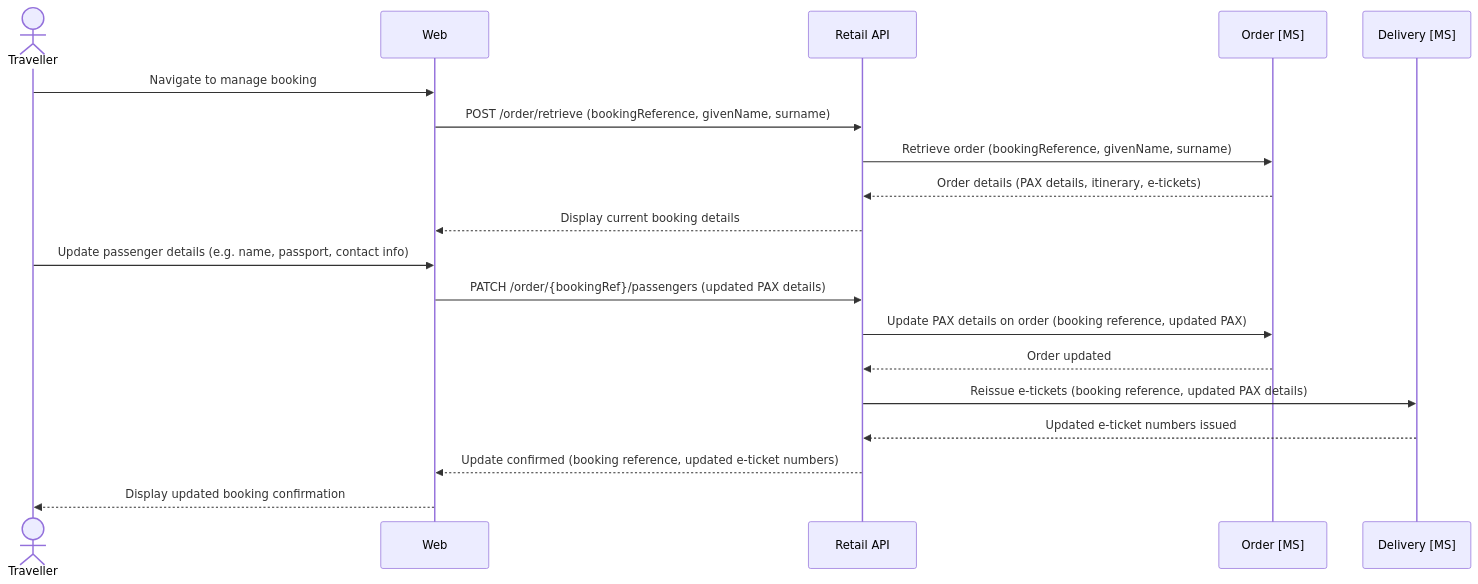
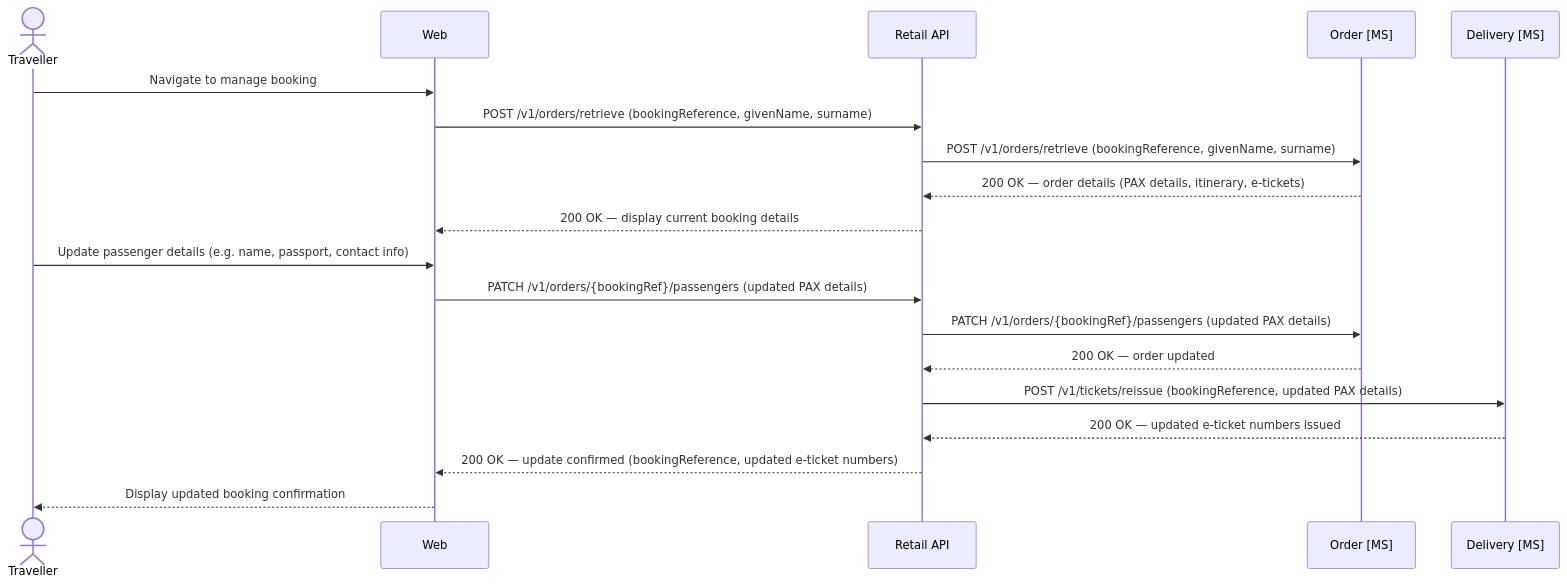
One commit to sebharvey/airline-reservation-system changed the fourth of 12 diagrams in architecture/design.md. Above: the diagram before and after it, drawn with Mermaid. The commit also changed other lines of this file, not shown here.

````diff
--- a/architecture/design.md
+++ b/architecture/design.md
@@ -854,27 +854,27 @@
 ```mermaid
 sequenceDiagram
     actor Traveller
     participant Web
     participant RetailAPI as Retail API
     participant OrderMS as Order [MS]
     participant DeliveryMS as Delivery [MS]
 
     Traveller->>Web: Navigate to manage booking
 
-    Web->>RetailAPI: POST /order/retrieve (bookingReference, givenName, surname)
-    RetailAPI->>OrderMS: Retrieve order (bookingReference, givenName, surname)
-    OrderMS-->>RetailAPI: Order details (PAX details, itinerary, e-tickets)
-    RetailAPI-->>Web: Display current booking details
+    Web->>RetailAPI: POST /v1/orders/retrieve (bookingReference, givenName, surname)
+    RetailAPI->>OrderMS: POST /v1/orders/retrieve (bookingReference, givenName, surname)
+    OrderMS-->>RetailAPI: 200 OK — order details (PAX details, itinerary, e-tickets)
+    RetailAPI-->>Web: 200 OK — display current booking details
 
     Traveller->>Web: Update passenger details (e.g. name, passport, contact info)
 
-    Web->>RetailAPI: PATCH /order/{bookingRef}/passengers (updated PAX details)
-    RetailAPI->>OrderMS: Update PAX details on order (booking reference, updated PAX)
-    OrderMS-->>RetailAPI: Order updated
+    Web->>RetailAPI: PATCH /v1/orders/{bookingRef}/passengers (updated PAX details)
+    RetailAPI->>OrderMS: PATCH /v1/orders/{bookingRef}/passengers (updated PAX details)
+    OrderMS-->>RetailAPI: 200 OK — order updated
 
-    RetailAPI->>DeliveryMS: Reissue e-tickets (booking reference, updated PAX details)
-    DeliveryMS-->>RetailAPI: Updated e-ticket numbers issued
+    RetailAPI->>DeliveryMS: POST /v1/tickets/reissue (bookingReference, updated PAX details)
+    DeliveryMS-->>RetailAPI: 200 OK — updated e-ticket numbers issued
 
-    RetailAPI-->>Web: Update confirmed (booking reference, updated e-ticket numbers)
+    RetailAPI-->>Web: 200 OK — update confirmed (bookingReference, updated e-ticket numbers)
     Web-->>Traveller: Display updated booking confirmation
 ```
````
